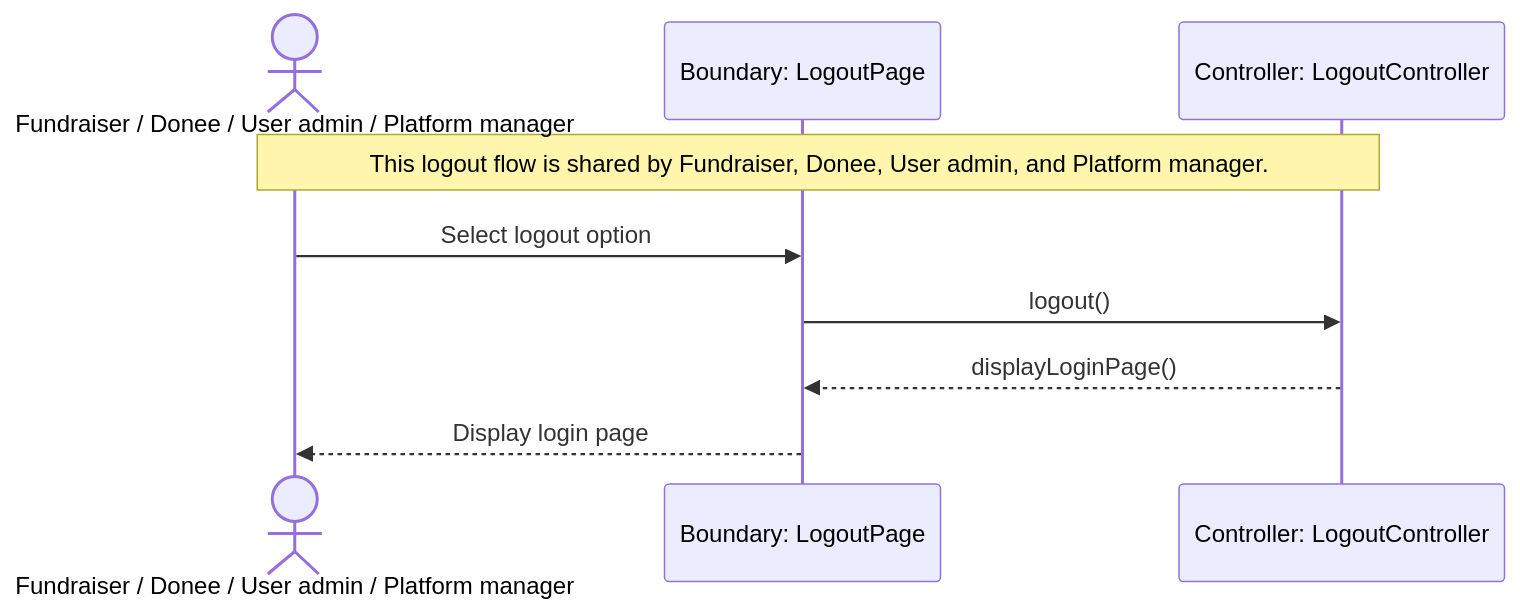
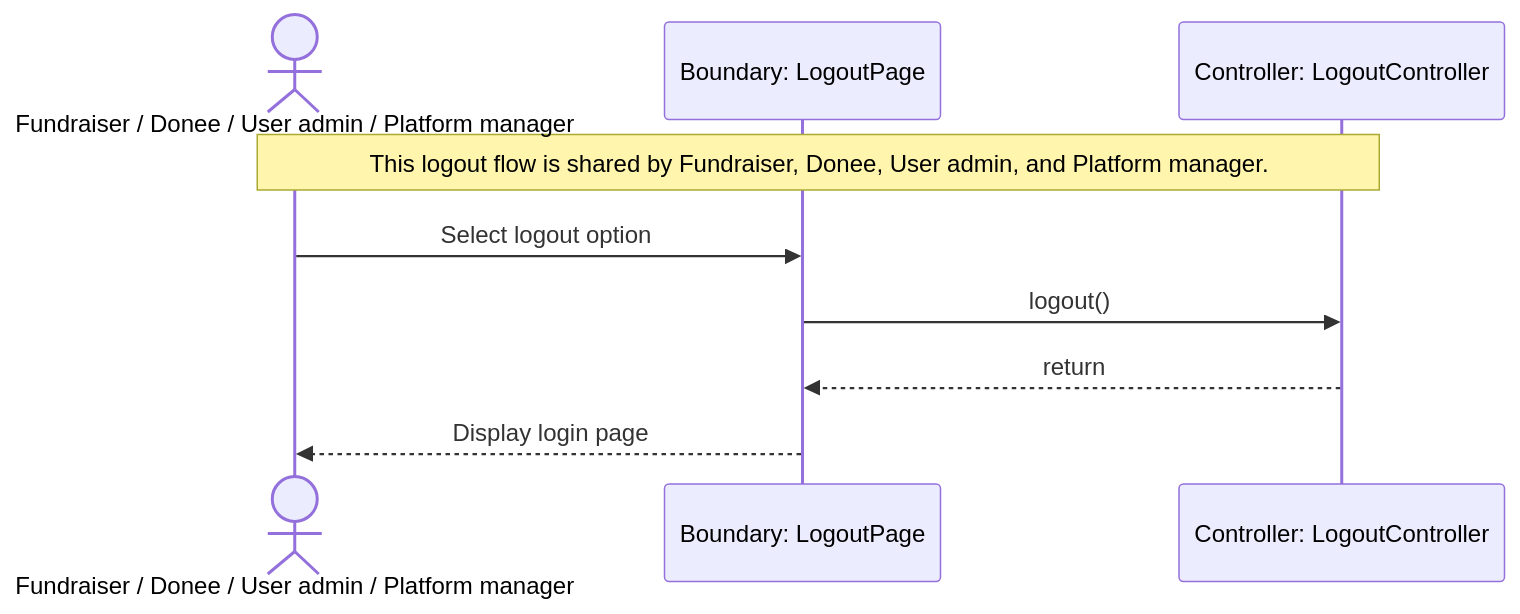
The diagram in docs/logout/sequence-diagram.md (JSL124/SDM-project), drawn with Mermaid before and after one commit. The commit also changed other lines of this file and 13 other files, not shown here.

````diff
--- a/docs/logout/sequence-diagram.md
+++ b/docs/logout/sequence-diagram.md
@@ -3,13 +3,13 @@
 ```mermaid
 sequenceDiagram
     actor User as Fundraiser / Donee / User admin / Platform manager
     participant LogoutPage as Boundary: LogoutPage
     participant LogoutController as Controller: LogoutController
 
     Note over User,LogoutController: This logout flow is shared by Fundraiser, Donee, User admin, and Platform manager.
 
     User->>LogoutPage: Select logout option
     LogoutPage->>LogoutController: logout()
-    LogoutController-->>LogoutPage: displayLoginPage()
+    LogoutController-->>LogoutPage: return
     LogoutPage-->>User: Display login page
 ```
````
